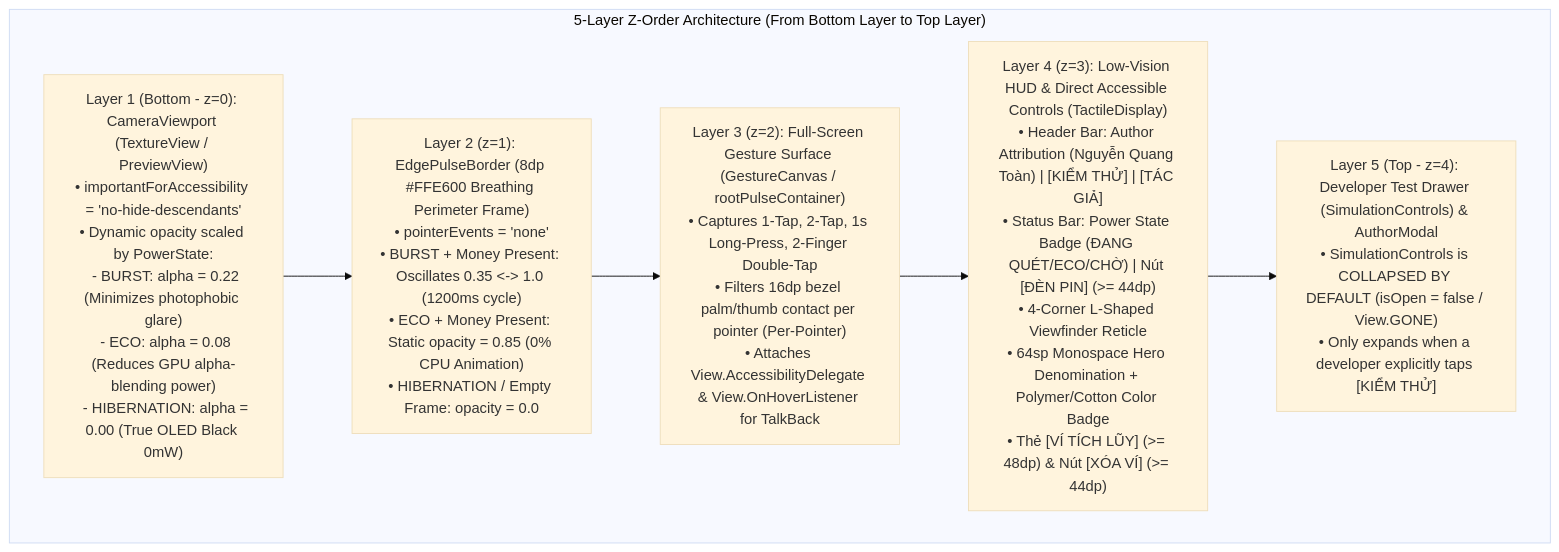
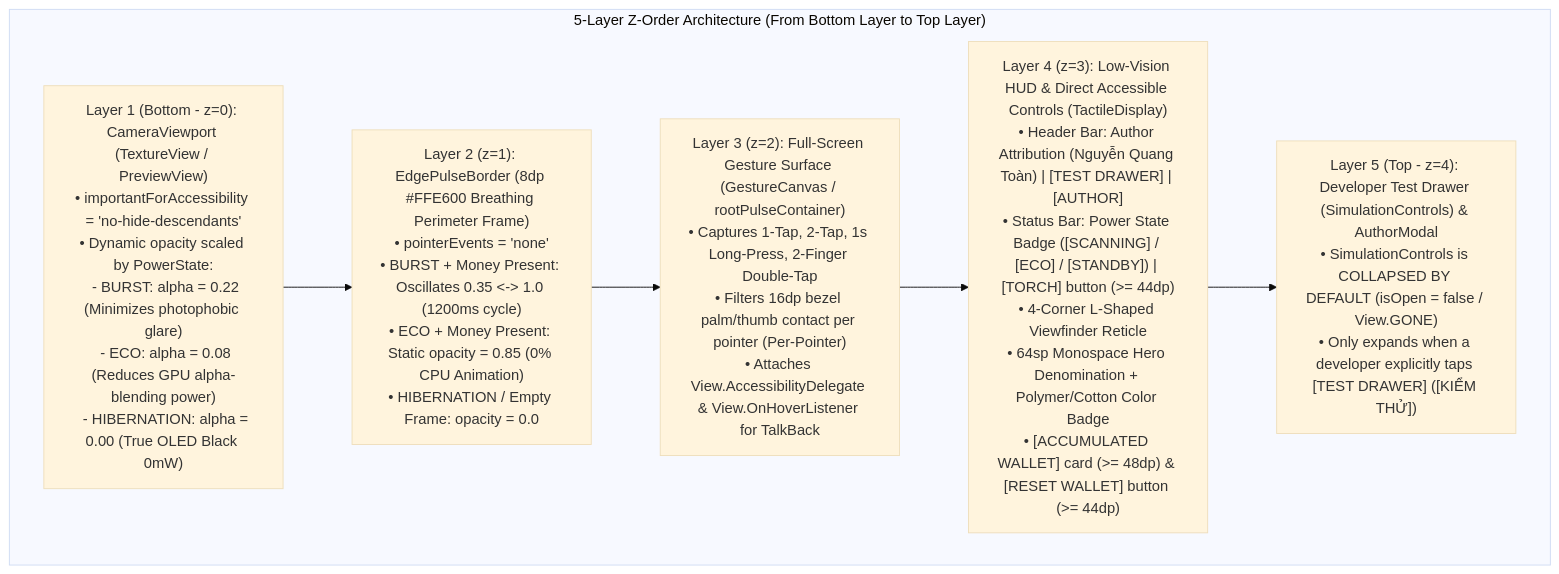
Before and after one commit to hezioquan12/vietnamese-money-vision: the first of 7 diagrams in docs/BLIND_FIRST_UI_UX_SPECIFICATION.en.md, drawn with Mermaid (base theme). The commit also changed other lines of this file and 1 other file, not shown here.

Commit message:
docs(en): complete English translation of diagrams, tables, and UI button references

````diff
--- a/docs/BLIND_FIRST_UI_UX_SPECIFICATION.en.md
+++ b/docs/BLIND_FIRST_UI_UX_SPECIFICATION.en.md
@@ -25,12 +25,12 @@
 ```mermaid
 flowchart TD
     subgraph ZLayers["5-Layer Z-Order Architecture (From Bottom Layer to Top Layer)"]
         L1["Layer 1 (Bottom - z=0): CameraViewport (TextureView / PreviewView)\n• importantForAccessibility = 'no-hide-descendants'\n• Dynamic opacity scaled by PowerState:\n  - BURST: alpha = 0.22 (Minimizes photophobic glare)\n  - ECO: alpha = 0.08 (Reduces GPU alpha-blending power)\n  - HIBERNATION: alpha = 0.00 (True OLED Black 0mW)"]
         L2["Layer 2 (z=1): EdgePulseBorder (8dp #FFE600 Breathing Perimeter Frame)\n• pointerEvents = 'none'\n• BURST + Money Present: Oscillates 0.35 <-> 1.0 (1200ms cycle)\n• ECO + Money Present: Static opacity = 0.85 (0% CPU Animation)\n• HIBERNATION / Empty Frame: opacity = 0.0"]
         L3["Layer 3 (z=2): Full-Screen Gesture Surface (GestureCanvas / rootPulseContainer)\n• Captures 1-Tap, 2-Tap, 1s Long-Press, 2-Finger Double-Tap\n• Filters 16dp bezel palm/thumb contact per pointer (Per-Pointer)\n• Attaches View.AccessibilityDelegate & View.OnHoverListener for TalkBack"]
-        L4["Layer 4 (z=3): Low-Vision HUD & Direct Accessible Controls (TactileDisplay)\n• Header Bar: Author Attribution (Nguyễn Quang Toàn) | [KIỂM THỬ] | [TÁC GIẢ]\n• Status Bar: Power State Badge (ĐANG QUÉT/ECO/CHỜ) | Nút [ĐÈN PIN] (>= 44dp)\n• 4-Corner L-Shaped Viewfinder Reticle\n• 64sp Monospace Hero Denomination + Polymer/Cotton Color Badge\n• Thẻ [VÍ TÍCH LŨY] (>= 48dp) & Nút [XÓA VÍ] (>= 44dp)"]
-        L5["Layer 5 (Top - z=4): Developer Test Drawer (SimulationControls) & AuthorModal\n• SimulationControls is COLLAPSED BY DEFAULT (isOpen = false / View.GONE)\n• Only expands when a developer explicitly taps [KIỂM THỬ]"]
+        L4["Layer 4 (z=3): Low-Vision HUD & Direct Accessible Controls (TactileDisplay)\n• Header Bar: Author Attribution (Nguyễn Quang Toàn) | [TEST DRAWER] | [AUTHOR]\n• Status Bar: Power State Badge ([SCANNING] / [ECO] / [STANDBY]) | [TORCH] button (>= 44dp)\n• 4-Corner L-Shaped Viewfinder Reticle\n• 64sp Monospace Hero Denomination + Polymer/Cotton Color Badge\n• [ACCUMULATED WALLET] card (>= 48dp) & [RESET WALLET] button (>= 44dp)"]
+        L5["Layer 5 (Top - z=4): Developer Test Drawer (SimulationControls) & AuthorModal\n• SimulationControls is COLLAPSED BY DEFAULT (isOpen = false / View.GONE)\n• Only expands when a developer explicitly taps [TEST DRAWER] ([KIỂM THỬ])"]
     end
 
     L1 --> L2 --> L3 --> L4 --> L5
 ```
````
